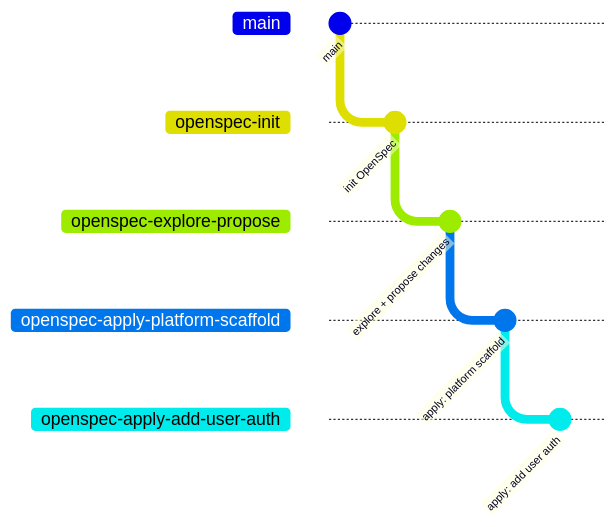
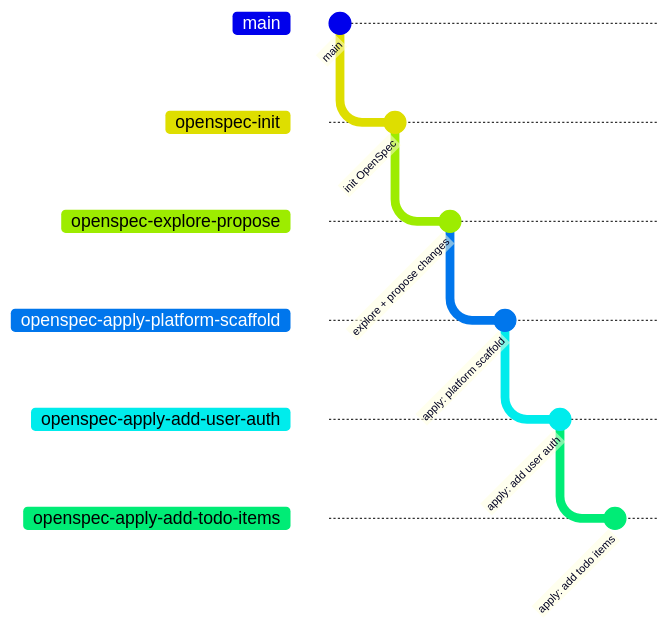
Before and after one commit to fr4gus/demo-todo-list-openspec: the diagram in README.md, drawn with Mermaid. The commit also changed other lines of this file, not shown here.

Commit message:
Add todo-items branch to README branch graph

````diff
--- a/README.md
+++ b/README.md
@@ -103,12 +103,14 @@
 ```mermaid
 gitGraph
     commit id: "main"
     branch openspec-init
     commit id: "init OpenSpec"
     branch openspec-explore-propose
     commit id: "explore + propose changes"
     branch openspec-apply-platform-scaffold
     commit id: "apply: platform scaffold"
     branch openspec-apply-add-user-auth
     commit id: "apply: add user auth"
+    branch openspec-apply-add-todo-items
+    commit id: "apply: add todo items"
 ```
````
